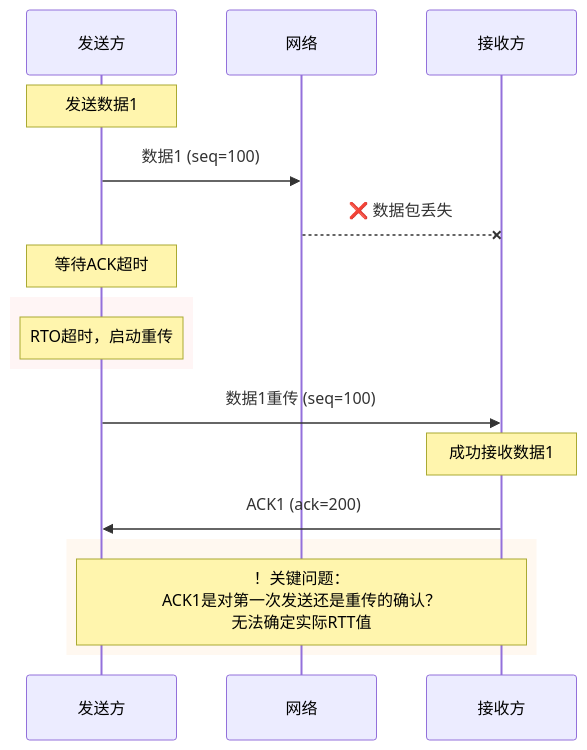
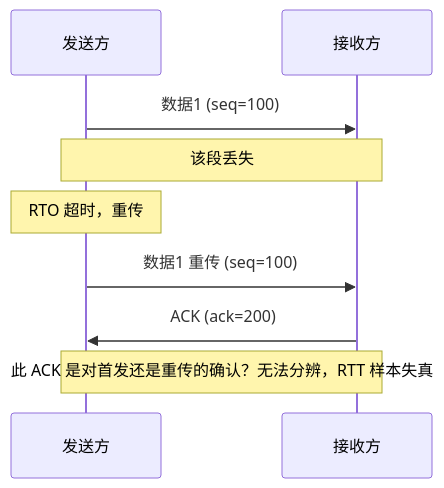
One commit to Dtheme/CS-base changed the fifth of 6 diagrams in 计算机网络/3.4传输层：TCP协议基础.md. Above: the diagram before and after it, drawn with Mermaid. The commit also changed other lines of this file and 51 other files, not shown here.

````diff
--- a/计算机网络/3.4传输层：TCP协议基础.md
+++ b/计算机网络/3.4传输层：TCP协议基础.md
@@ -599,23 +556,11 @@
 ```mermaid
 sequenceDiagram
     participant S as 发送方
-    participant N as 网络
     participant R as 接收方
-    
-    Note over S: 发送数据1
-    S->>N: 数据1 (seq=100)
-    N--xR: ❌ 数据包丢失
-    
-    Note over S: 等待ACK超时
-    rect rgb(255, 245, 245)
-        Note over S: RTO超时，启动重传
-    end
-    
-    S->>R: 数据1重传 (seq=100)
-    Note over R: 成功接收数据1
-    R->>S: ACK1 (ack=200)
-    
-    rect rgb(255, 248, 240)
-        Note over S,R: ！关键问题：<br/>ACK1是对第一次发送还是重传的确认？<br/>无法确定实际RTT值
-    end
+    S->>R: 数据1 (seq=100)
+    Note over S,R: 该段丢失
+    Note over S: RTO 超时，重传
+    S->>R: 数据1 重传 (seq=100)
+    R->>S: ACK (ack=200)
+    Note over S,R: 此 ACK 是对首发还是重传的确认？无法分辨，RTT 样本失真
 ```
````
